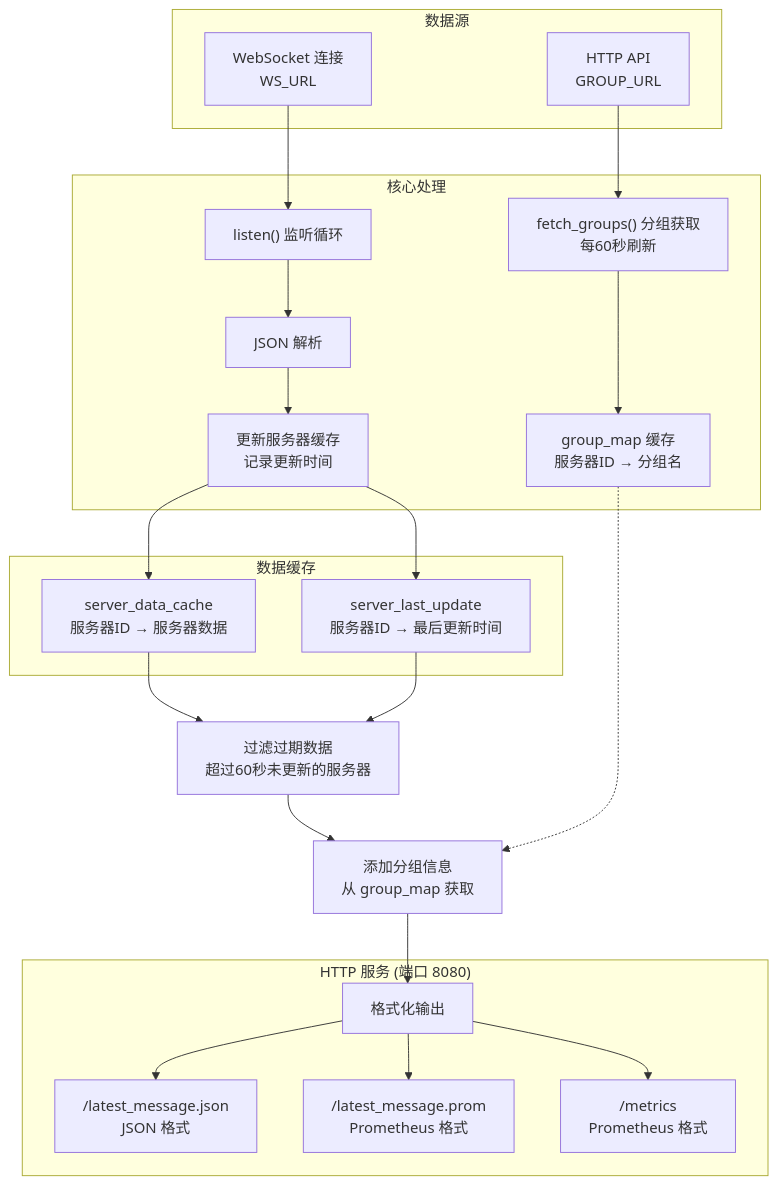
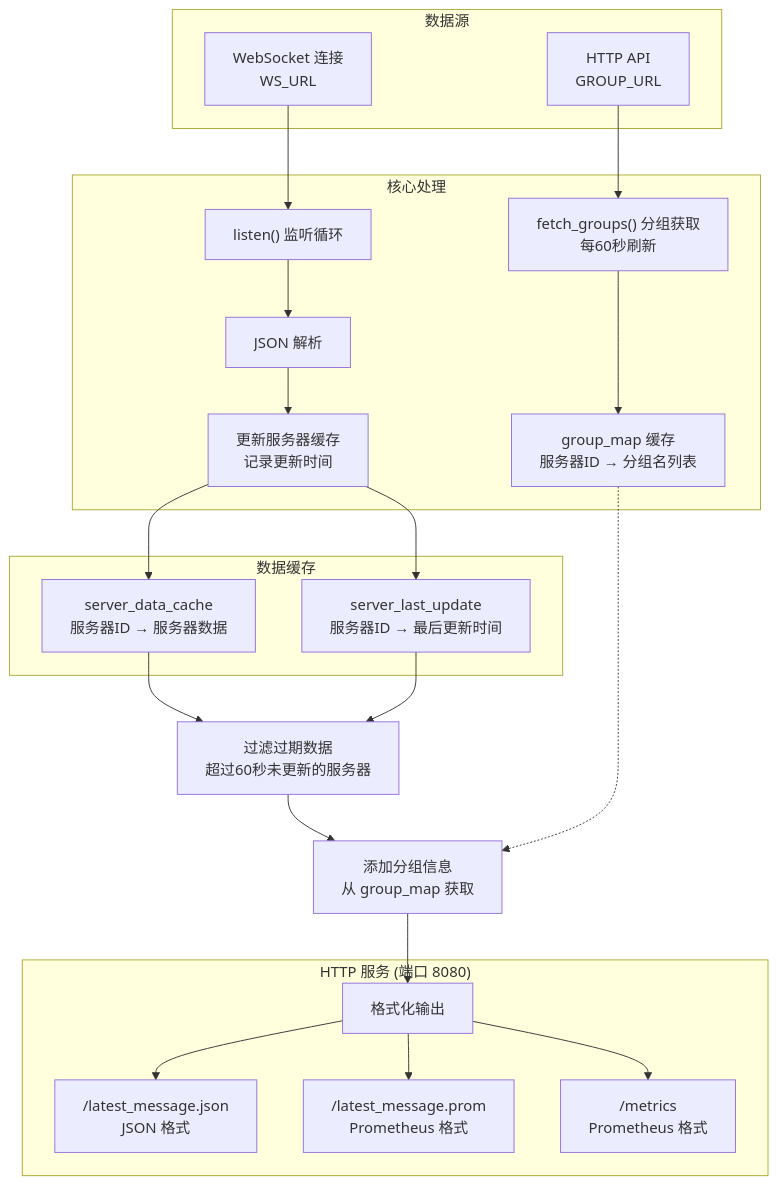
One commit to Moeyuuko/nezhaV1-exporter changed the first of 6 diagrams in nezha-exporter.md. Above: the diagram before and after it, drawn with Mermaid. The commit also changed other lines of this file and 2 other files, not shown here.

````diff
--- a/nezha-exporter.md
+++ b/nezha-exporter.md
@@ -7,32 +7,32 @@
 ```mermaid
 flowchart TD
     subgraph 数据源
         WS["WebSocket 连接<br/>WS_URL"]
         API["HTTP API<br/>GROUP_URL"]
     end
     
     subgraph 核心处理
         WS --> LISTEN["listen() 监听循环"]
         API --> FETCH["fetch_groups() 分组获取<br/>每60秒刷新"]
         LISTEN --> PARSE["JSON 解析"]
         PARSE --> UPDATE["更新服务器缓存<br/>记录更新时间"]
-        FETCH --> GMAP["group_map 缓存<br/>服务器ID → 分组名"]
+        FETCH --> GMAP["group_map 缓存<br/>服务器ID → 分组名列表"]
     end
     
     subgraph 数据缓存 ["数据缓存"]
         UPDATE --> SERVER_CACHE["server_data_cache<br/>服务器ID → 服务器数据"]
         UPDATE --> TIME_CACHE["server_last_update<br/>服务器ID → 最后更新时间"]
     end
     
     SERVER_CACHE --> FILTER["过滤过期数据<br/>超过60秒未更新的服务器"]
     TIME_CACHE --> FILTER
     FILTER --> ADD_GROUP["添加分组信息<br/>从 group_map 获取"]
     GMAP -.-> ADD_GROUP
     ADD_GROUP --> OUTPUT["格式化输出"]
     
     subgraph HTTP服务 ["HTTP 服务 (端口 8080)"]
         OUTPUT --> EP1["/latest_message.json<br/>JSON 格式"]
         OUTPUT --> EP2["/latest_message.prom<br/>Prometheus 格式"]
         OUTPUT --> EP3["/metrics<br/>Prometheus 格式"]
     end
 ```
````
